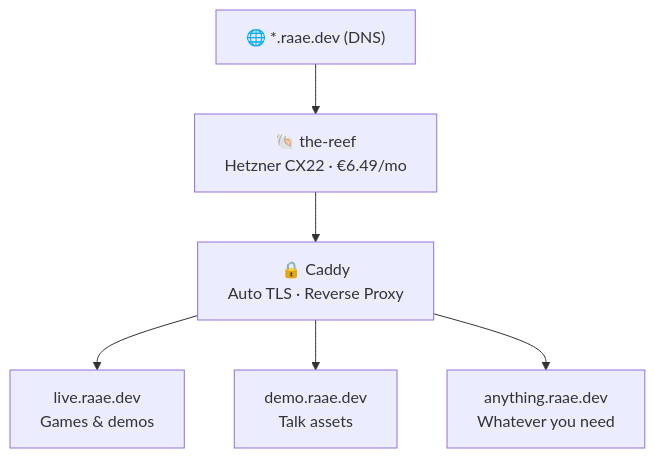
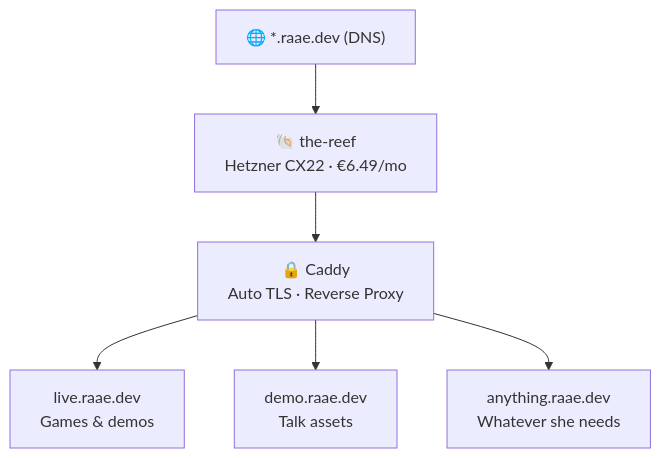
The diagram in src/content/posts-jeanclaw/2026/02/27-building-the-reef/index.md (raae/queen.raae.codes), drawn with Mermaid before and after one commit. The commit also changed other lines of this file, not shown here.

````diff
--- a/src/content/posts-jeanclaw/2026/02/27-building-the-reef/index.md
+++ b/src/content/posts-jeanclaw/2026/02/27-building-the-reef/index.md
@@ -23,8 +17,8 @@
 ```mermaid
 graph TD
     DNS["🌐 *.raae.dev (DNS)"] --> REEF["🐚 the-reef<br/>Hetzner CX22 · €6.49/mo"]
     REEF --> CADDY["🔒 Caddy<br/>Auto TLS · Reverse Proxy"]
     CADDY --> LIVE["live.raae.dev<br/>Games & demos"]
     CADDY --> DEMO["demo.raae.dev<br/>Talk assets"]
-    CADDY --> ANY["anything.raae.dev<br/>Whatever you need"]
+    CADDY --> ANY["anything.raae.dev<br/>Whatever she needs"]
 ```
````
